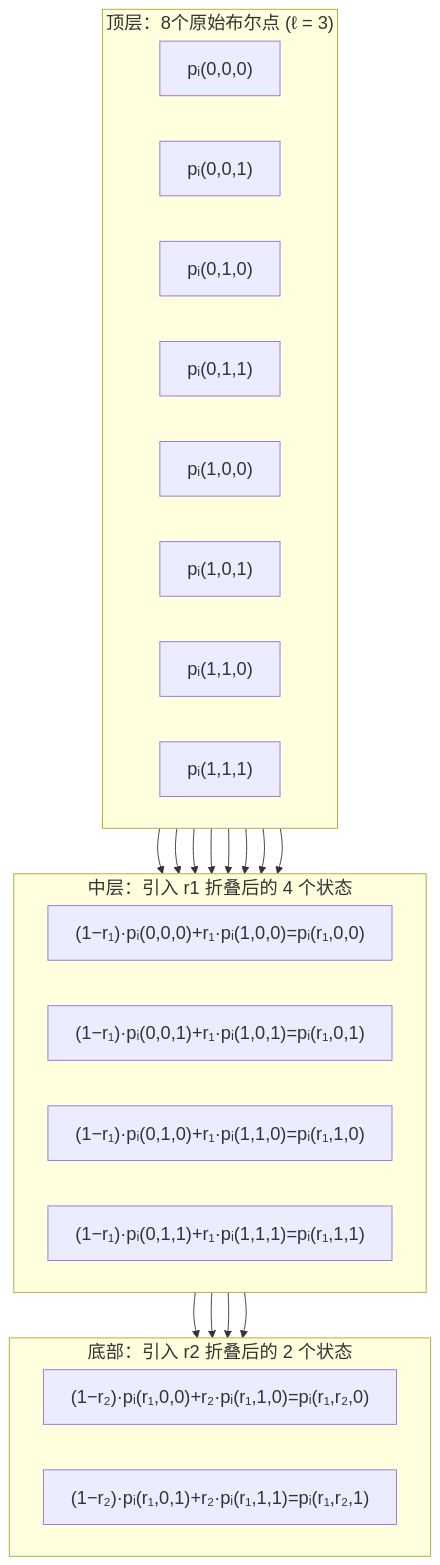
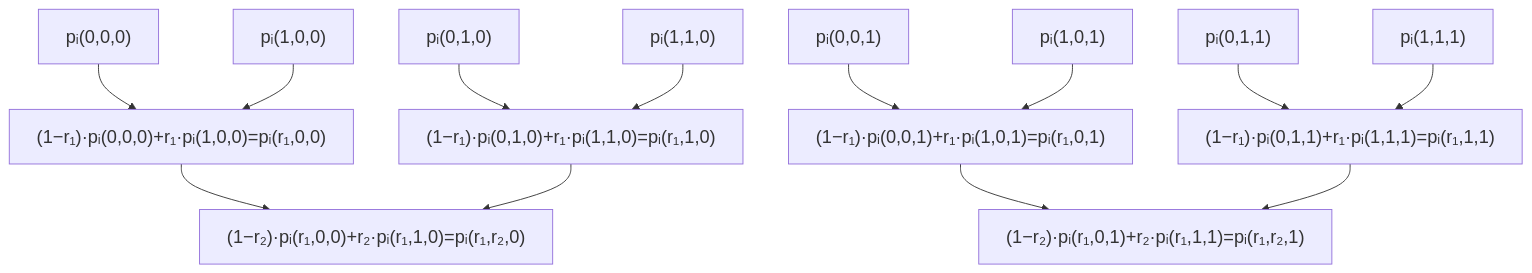
The diagram in 第四章/50.md (linyu-senior/zk), drawn with Mermaid before and after one commit. The commit also changed other lines of this file and 3 other files, not shown here.

````diff
--- a/第四章/50.md
+++ b/第四章/50.md
@@ -1,53 +1,39 @@
 ```mermaid
 %%{init: {"themeVariables": {"fontSize": "20px"}}}%%
 flowchart TD
-    %% 顶层：8个原始布尔点
-    subgraph Top ["顶层：8个原始布尔点 (ℓ = 3)"]
-        direction LR
-        P000["pᵢ(0,0,0)"]
-        P001["pᵢ(0,0,1)"]
-        P010["pᵢ(0,1,0)"]
-        P011["pᵢ(0,1,1)"]
-        P100["pᵢ(1,0,0)"]
-        P101["pᵢ(1,0,1)"]
-        P110["pᵢ(1,1,0)"]
-        P111["pᵢ(1,1,1)"]
-    end
+    P000["pᵢ(0,0,0)"]
+    P001["pᵢ(0,0,1)"]
+    P010["pᵢ(0,1,0)"]
+    P011["pᵢ(0,1,1)"]
+    P100["pᵢ(1,0,0)"]
+    P101["pᵢ(1,0,1)"]
+    P110["pᵢ(1,1,0)"]
+    P111["pᵢ(1,1,1)"]
 
-    %% 中层：4个经过 r1 折叠的中间状态
-    subgraph Middle ["中层：引入 r1 折叠后的 4 个状态"]
-        direction LR
-        Mid00["(1−r₁)·pᵢ(0,0,0)+r₁·pᵢ(1,0,0)=pᵢ(r₁,0,0)"]
-        Mid01["(1−r₁)·pᵢ(0,0,1)+r₁·pᵢ(1,0,1)=pᵢ(r₁,0,1)"]
-        Mid10["(1−r₁)·pᵢ(0,1,0)+r₁·pᵢ(1,1,0)=pᵢ(r₁,1,0)"]
-        Mid11["(1−r₁)·pᵢ(0,1,1)+r₁·pᵢ(1,1,1)=pᵢ(r₁,1,1)"]
-    end
+    Mid00["(1−r₁)·pᵢ(0,0,0)+r₁·pᵢ(1,0,0)=pᵢ(r₁,0,0)"]
+    Mid01["(1−r₁)·pᵢ(0,0,1)+r₁·pᵢ(1,0,1)=pᵢ(r₁,0,1)"]
+    Mid10["(1−r₁)·pᵢ(0,1,0)+r₁·pᵢ(1,1,0)=pᵢ(r₁,1,0)"]
+    Mid11["(1−r₁)·pᵢ(0,1,1)+r₁·pᵢ(1,1,1)=pᵢ(r₁,1,1)"]
 
-    %% 底部：2个经过 r2 折叠的目标值
-    subgraph Bottom ["底部：引入 r2 折叠后的 2 个状态"]
-        direction LR
-        Bot0["(1−r₂)·pᵢ(r₁,0,0)+r₂·pᵢ(r₁,1,0)=pᵢ(r₁,r₂,0)"]
-        Bot1["(1−r₂)·pᵢ(r₁,0,1)+r₂·pᵢ(r₁,1,1)=pᵢ(r₁,r₂,1)"]
-    end
+    Bot0["(1−r₂)·pᵢ(r₁,0,0)+r₂·pᵢ(r₁,1,0)=pᵢ(r₁,r₂,0)"]
+    Bot1["(1−r₂)·pᵢ(r₁,0,1)+r₂·pᵢ(r₁,1,1)=pᵢ(r₁,r₂,1)"]
 
-    %% 顶层到中层的折叠连线 (通过 r1)
     P000 --> Mid00
     P100 --> Mid00
 
     P001 --> Mid01
     P101 --> Mid01
 
     P010 --> Mid10
     P110 --> Mid10
 
     P011 --> Mid11
     P111 --> Mid11
 
-    %% 中层到底部的折叠连线 (通过 r2)
     Mid00 --> Bot0
     Mid10 --> Bot0
 
     Mid01 --> Bot1
     Mid11 --> Bot1
 
 ```
````
